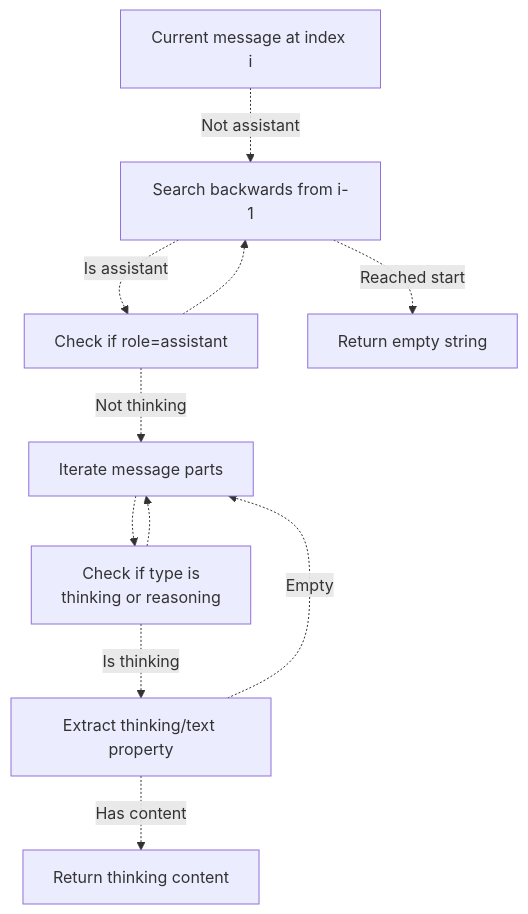
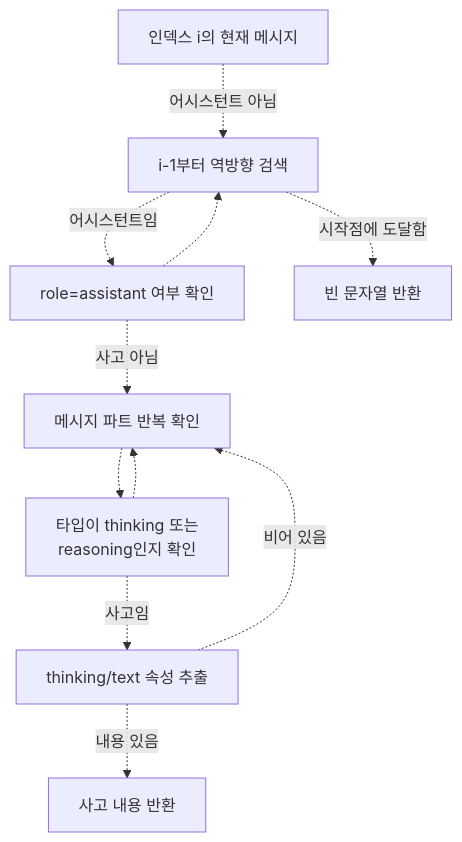
The fifth of 10 diagrams in docs/reliability/message-validation.md (felipetruman/oh-my-opencode-docs), drawn with Mermaid before and after one commit. The commit also changed other lines of this file and 76 other files, not shown here.

````diff
--- a/docs/reliability/message-validation.md
+++ b/docs/reliability/message-validation.md
@@ -211,23 +211,23 @@
 ```mermaid
 flowchart TD
 
-Current["Current message at index i"]
-SearchBack["Search backwards from i-1"]
-CheckRole["Check if role=assistant"]
-CheckParts["Iterate message parts"]
-CheckType["Check if type is<br>thinking or reasoning"]
-ExtractContent["Extract thinking/text property"]
-Found["Return thinking content"]
-NotFound["Return empty string"]
+Current["인덱스 i의 현재 메시지"]
+SearchBack["i-1부터 역방향 검색"]
+CheckRole["role=assistant 여부 확인"]
+CheckParts["메시지 파트 반복 확인"]
+CheckType["타입이 thinking 또는<br>reasoning인지 확인"]
+ExtractContent["thinking/text 속성 추출"]
+Found["사고 내용 반환"]
+NotFound["빈 문자열 반환"]
 
-Current -.->|"Not assistant"| SearchBack
-SearchBack -.->|"Is assistant"| CheckRole
+Current -.->|"어시스턴트 아님"| SearchBack
+SearchBack -.->|"어시스턴트임"| CheckRole
 CheckRole -.-> SearchBack
-CheckRole -.->|"Not thinking"| CheckParts
+CheckRole -.->|"사고 아님"| CheckParts
 CheckParts -.-> CheckType
 CheckType -.-> CheckParts
-CheckType -.->|"Is thinking"| ExtractContent
-ExtractContent -.->|"Has content"| Found
-ExtractContent -.->|"Empty"| CheckParts
-SearchBack -.->|"Reached start"| NotFound
+CheckType -.->|"사고임"| ExtractContent
+ExtractContent -.->|"내용 있음"| Found
+ExtractContent -.->|"비어 있음"| CheckParts
+SearchBack -.->|"시작점에 도달함"| NotFound
 ```
````
